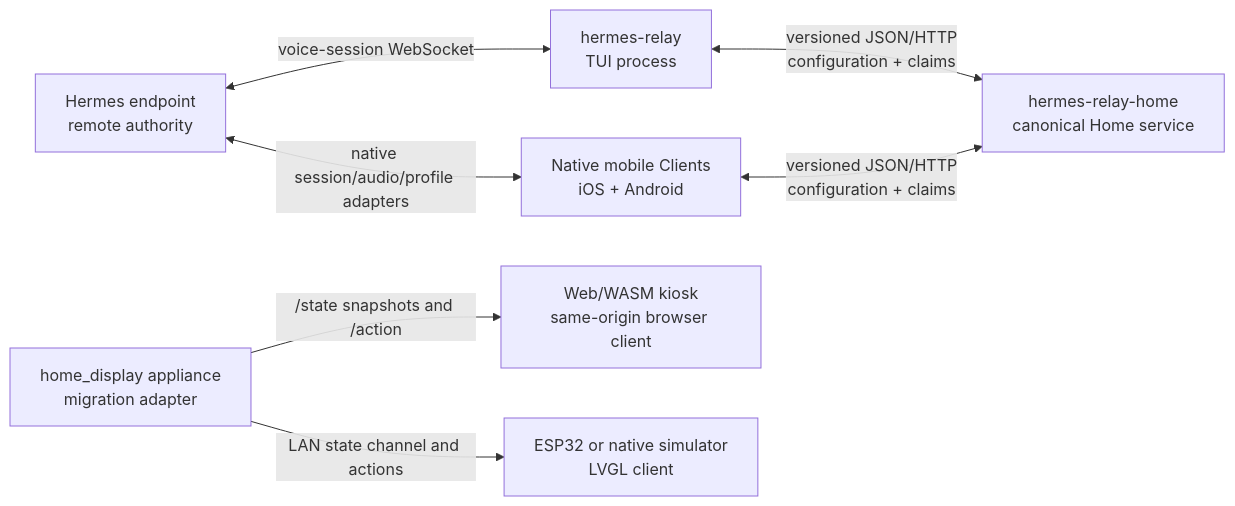
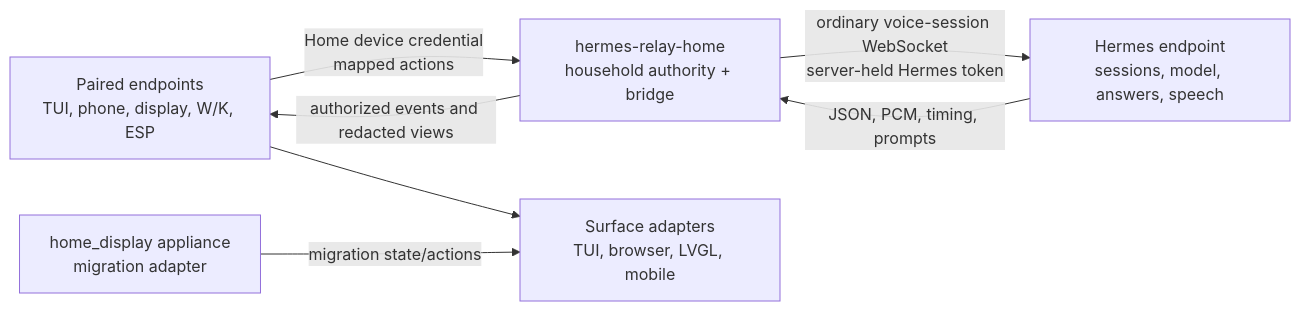
One commit to achappell/hermes-relay-tui changed the second of 2 diagrams in _bmad-output/planning-artifacts/architecture/architecture-hermes-relay-tui-2026-09-08/ARCHITECTURE-SPINE.md. Above: the diagram before and after it, drawn with Mermaid. The commit also changed other lines of this file and 8 other files, not shown here.

First line of the commit message:
docs: reconcile Home next-wave architecture planning

```diff
--- a/_bmad-output/planning-artifacts/architecture/architecture-hermes-relay-tui-2026-09-08/ARCHITECTURE-SPINE.md
+++ b/_bmad-output/planning-artifacts/architecture/architecture-hermes-relay-tui-2026-09-08/ARCHITECTURE-SPINE.md
@@ -206,17 +297,15 @@
 ~~~mermaid
 flowchart LR
-    hermes["Hermes endpoint<br/>remote authority"]
-    tui["hermes-relay<br/>TUI process"]
-    home["hermes-relay-home<br/>canonical Home service"]
+    endpoint["Paired endpoints<br/>TUI, phone, display, W/K, ESP"]
+    home["hermes-relay-home<br/>household authority + bridge"]
+    hermes["Hermes endpoint<br/>sessions, model, answers, speech"]
     legacy["home_display appliance<br/>migration adapter"]
-    web["Web/WASM kiosk<br/>same-origin browser client"]
-    esp["ESP32 or native simulator<br/>LVGL client"]
-    mobile["Native mobile Clients<br/>iOS + Android"]
+    surfaces["Surface adapters<br/>TUI, browser, LVGL, mobile"]
 
-    hermes <-->|voice-session WebSocket| tui
-    hermes <-->|native session/audio/profile adapters| mobile
-    mobile <-->|versioned JSON/HTTP<br/>configuration + claims| home
-    tui <-->|versioned JSON/HTTP<br/>configuration + claims| home
-    legacy -->|/state snapshots and /action| web
-    legacy -->|LAN state channel and actions| esp
+    endpoint -->|Home device credential<br/>mapped actions| home
+    home -->|ordinary voice-session WebSocket<br/>server-held Hermes token| hermes
+    hermes -->|JSON, PCM, timing, prompts| home
+    home -->|authorized events and redacted views| endpoint
+    endpoint --> surfaces
+    legacy -->|migration state/actions| surfaces
 ~~~
```
